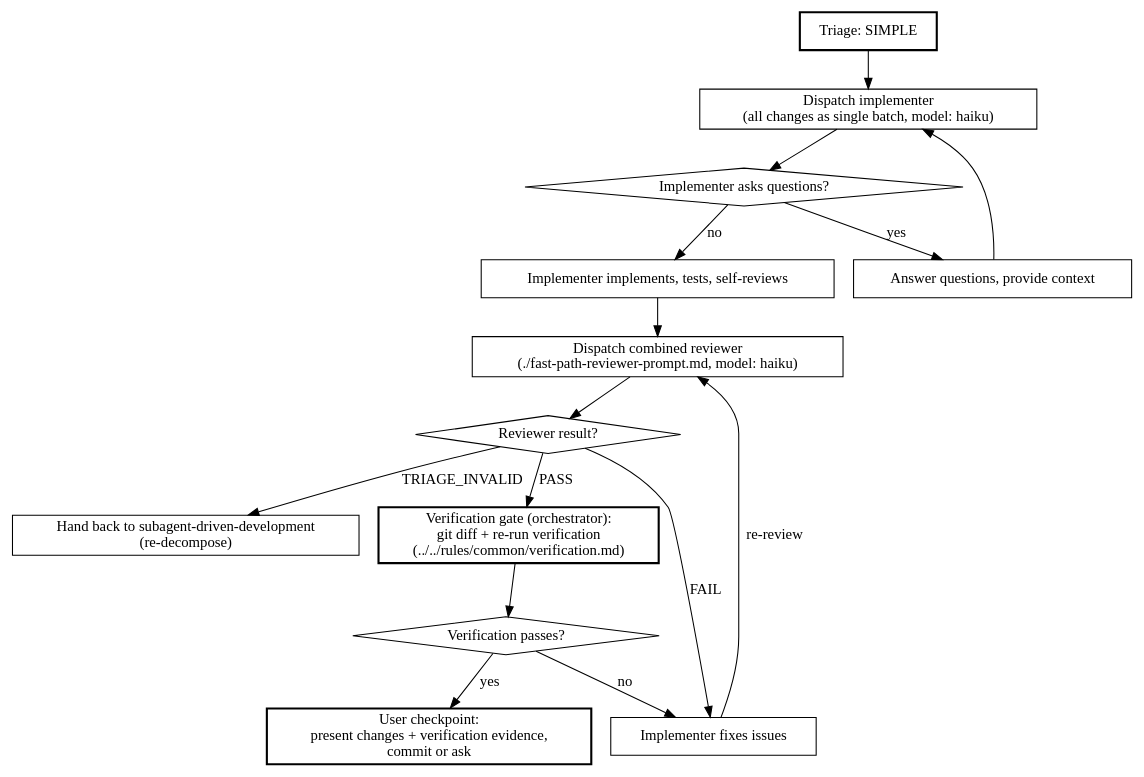
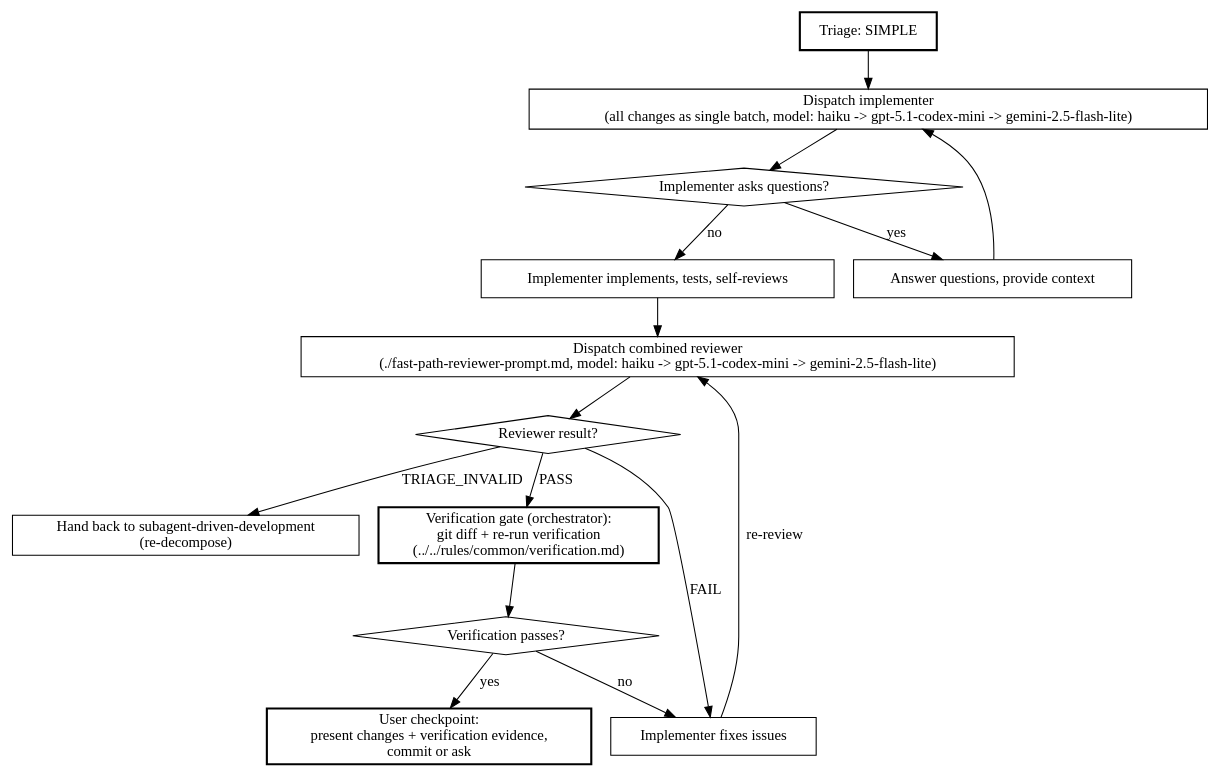
Before and after one commit to philipobenito/elelem: the diagram in skills/fast-path-implementation/SKILL.md, drawn with Graphviz. The commit also changed other lines of this file and 10 other files, not shown here.

````diff
--- a/skills/fast-path-implementation/SKILL.md
+++ b/skills/fast-path-implementation/SKILL.md
@@ -57,33 +57,33 @@
 ```dot
 digraph fast_path {
     rankdir=TB;
 
     "Triage: SIMPLE" [shape=box, style=bold];
-    "Dispatch implementer\n(all changes as single batch, model: haiku)" [shape=box];
+    "Dispatch implementer\n(all changes as single batch, model: haiku -> gpt-5.1-codex-mini -> gemini-2.5-flash-lite)" [shape=box];
     "Implementer asks questions?" [shape=diamond];
     "Answer questions, provide context" [shape=box];
     "Implementer implements, tests, self-reviews" [shape=box];
-    "Dispatch combined reviewer\n(./fast-path-reviewer-prompt.md, model: haiku)" [shape=box];
+    "Dispatch combined reviewer\n(./fast-path-reviewer-prompt.md, model: haiku -> gpt-5.1-codex-mini -> gemini-2.5-flash-lite)" [shape=box];
     "Reviewer result?" [shape=diamond];
     "Implementer fixes issues" [shape=box];
     "Hand back to subagent-driven-development\n(re-decompose)" [shape=box];
     "Verification gate (orchestrator):\ngit diff + re-run verification\n(../../rules/common/verification.md)" [shape=box, style=bold];
     "Verification passes?" [shape=diamond];
     "User checkpoint:\npresent changes + verification evidence,\ncommit or ask" [shape=box, style=bold];
 
-    "Triage: SIMPLE" -> "Dispatch implementer\n(all changes as single batch, model: haiku)";
-    "Dispatch implementer\n(all changes as single batch, model: haiku)" -> "Implementer asks questions?";
+    "Triage: SIMPLE" -> "Dispatch implementer\n(all changes as single batch, model: haiku -> gpt-5.1-codex-mini -> gemini-2.5-flash-lite)";
+    "Dispatch implementer\n(all changes as single batch, model: haiku -> gpt-5.1-codex-mini -> gemini-2.5-flash-lite)" -> "Implementer asks questions?";
     "Implementer asks questions?" -> "Answer questions, provide context" [label="yes"];
-    "Answer questions, provide context" -> "Dispatch implementer\n(all changes as single batch, model: haiku)";
+    "Answer questions, provide context" -> "Dispatch implementer\n(all changes as single batch, model: haiku -> gpt-5.1-codex-mini -> gemini-2.5-flash-lite)";
     "Implementer asks questions?" -> "Implementer implements, tests, self-reviews" [label="no"];
-    "Implementer implements, tests, self-reviews" -> "Dispatch combined reviewer\n(./fast-path-reviewer-prompt.md, model: haiku)";
-    "Dispatch combined reviewer\n(./fast-path-reviewer-prompt.md, model: haiku)" -> "Reviewer result?";
+    "Implementer implements, tests, self-reviews" -> "Dispatch combined reviewer\n(./fast-path-reviewer-prompt.md, model: haiku -> gpt-5.1-codex-mini -> gemini-2.5-flash-lite)";
+    "Dispatch combined reviewer\n(./fast-path-reviewer-prompt.md, model: haiku -> gpt-5.1-codex-mini -> gemini-2.5-flash-lite)" -> "Reviewer result?";
     "Reviewer result?" -> "Verification gate (orchestrator):\ngit diff + re-run verification\n(../../rules/common/verification.md)" [label="PASS"];
     "Reviewer result?" -> "Implementer fixes issues" [label="FAIL"];
     "Reviewer result?" -> "Hand back to subagent-driven-development\n(re-decompose)" [label="TRIAGE_INVALID"];
-    "Implementer fixes issues" -> "Dispatch combined reviewer\n(./fast-path-reviewer-prompt.md, model: haiku)" [label="re-review"];
+    "Implementer fixes issues" -> "Dispatch combined reviewer\n(./fast-path-reviewer-prompt.md, model: haiku -> gpt-5.1-codex-mini -> gemini-2.5-flash-lite)" [label="re-review"];
     "Verification gate (orchestrator):\ngit diff + re-run verification\n(../../rules/common/verification.md)" -> "Verification passes?";
     "Verification passes?" -> "Implementer fixes issues" [label="no"];
     "Verification passes?" -> "User checkpoint:\npresent changes + verification evidence,\ncommit or ask" [label="yes"];
 }
 ```
````
